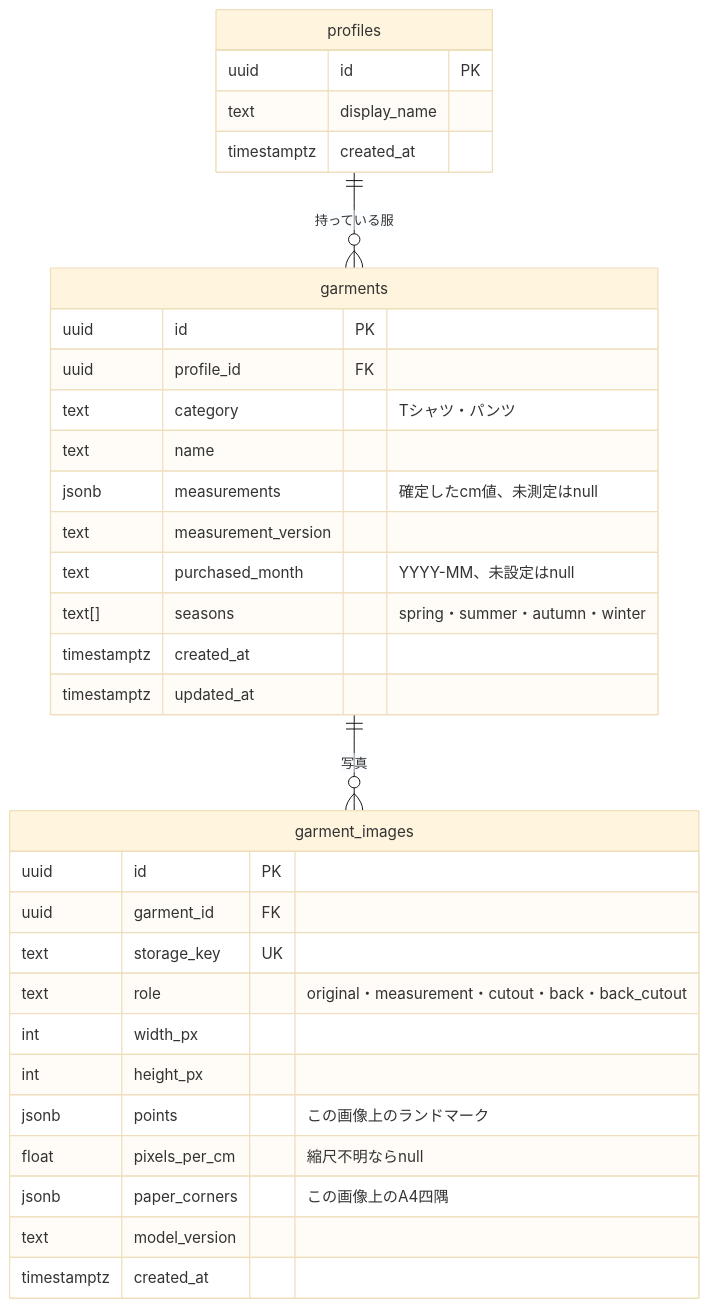
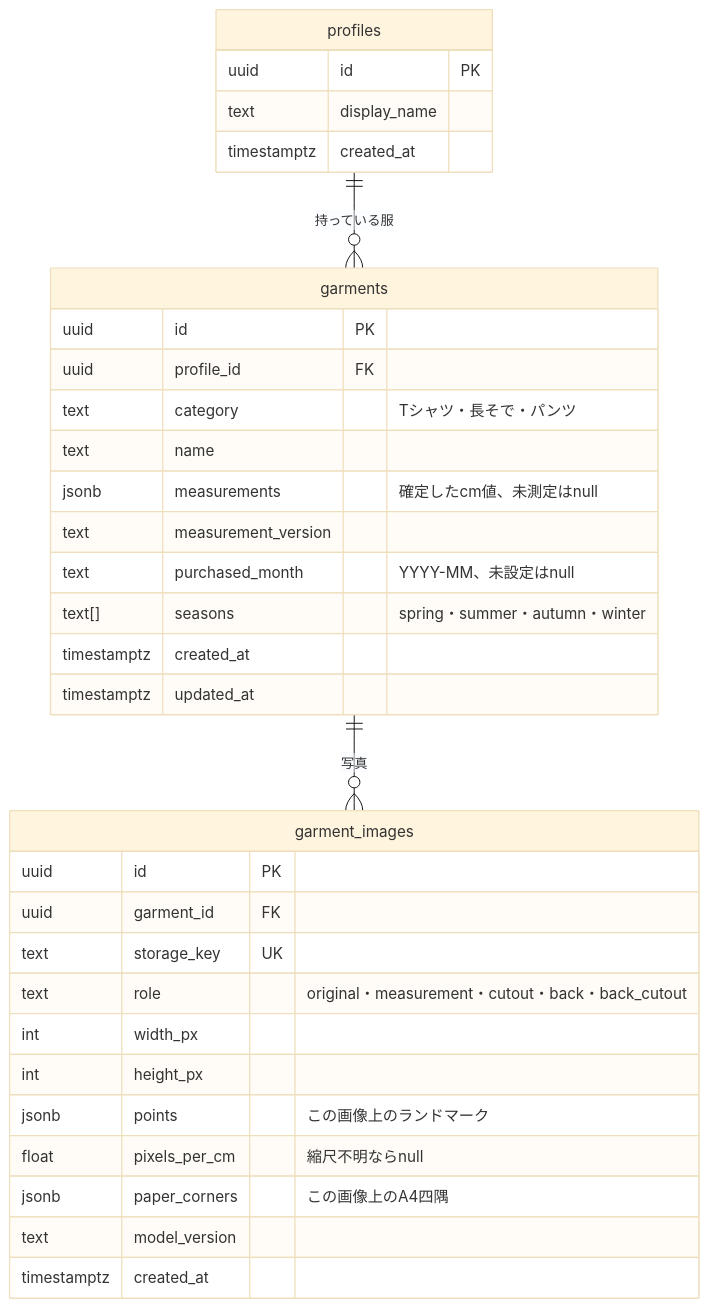
The diagram in docs/er.md (jphacks/tka_2617), drawn with Mermaid (base theme) before and after one commit. The commit also changed other lines of this file and 20 other files, not shown here.

````diff
--- a/docs/er.md
+++ b/docs/er.md
@@ -5,35 +5,35 @@
 ```mermaid
 erDiagram
   profiles ||--o{ garments : "持っている服"
   garments ||--o{ garment_images : "写真"
   profiles {
     uuid id PK
     text display_name
     timestamptz created_at
   }
   garments {
     uuid id PK
     uuid profile_id FK
-    text category "Tシャツ・パンツ"
+    text category "Tシャツ・長そで・パンツ"
     text name
     jsonb measurements "確定したcm値、未測定はnull"
     text measurement_version
     text purchased_month "YYYY-MM、未設定はnull"
     text[] seasons "spring・summer・autumn・winter"
     timestamptz created_at
     timestamptz updated_at
   }
   garment_images {
     uuid id PK
     uuid garment_id FK
     text storage_key UK
     text role "original・measurement・cutout・back・back_cutout"
     int width_px
     int height_px
     jsonb points "この画像上のランドマーク"
     float pixels_per_cm "縮尺不明ならnull"
     jsonb paper_corners "この画像上のA4四隅"
     text model_version
     timestamptz created_at
   }
 ```
````
